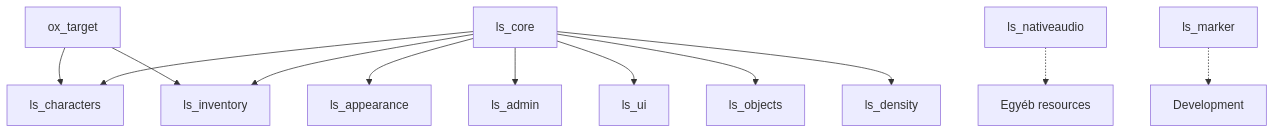
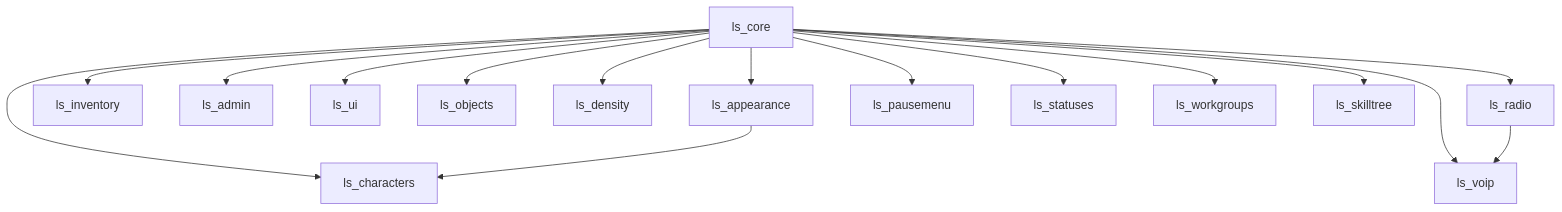
One commit to Rota911/project-docs changed the diagram in app/resources/page.mdx. Above: the diagram before and after it, drawn with Mermaid. The commit also changed other lines of this file and 44 other files, not shown here.

````diff
--- a/app/resources/page.mdx
+++ b/app/resources/page.mdx
@@ -29,14 +32,18 @@
 ```mermaid
 graph TD
     A[ls_core] --> B[ls_characters]
     A --> C[ls_appearance]
     A --> D[ls_inventory]
     A --> E[ls_admin]
     A --> F[ls_ui]
     A --> G[ls_objects]
     A --> H[ls_density]
-    I[ox_target] --> B
-    I --> D
-    J[ls_nativeaudio] -.-> K[Egyéb resources]
-    L[ls_marker] -.-> M[Development]
+    A --> I[ls_voip]
+    A --> J[ls_radio]
+    A --> K[ls_pausemenu]
+    A --> L[ls_statuses]
+    A --> M[ls_workgroups]
+    A --> N[ls_skilltree]
+    J --> I
+    C --> B
 ```
````
